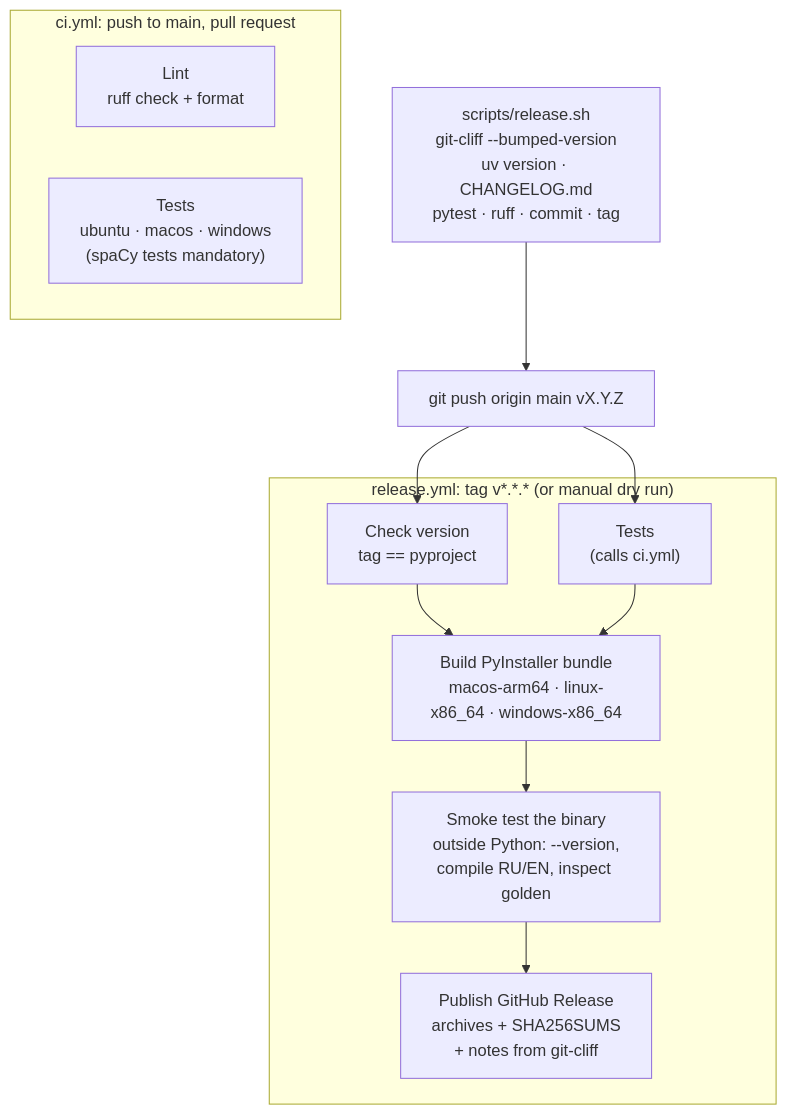
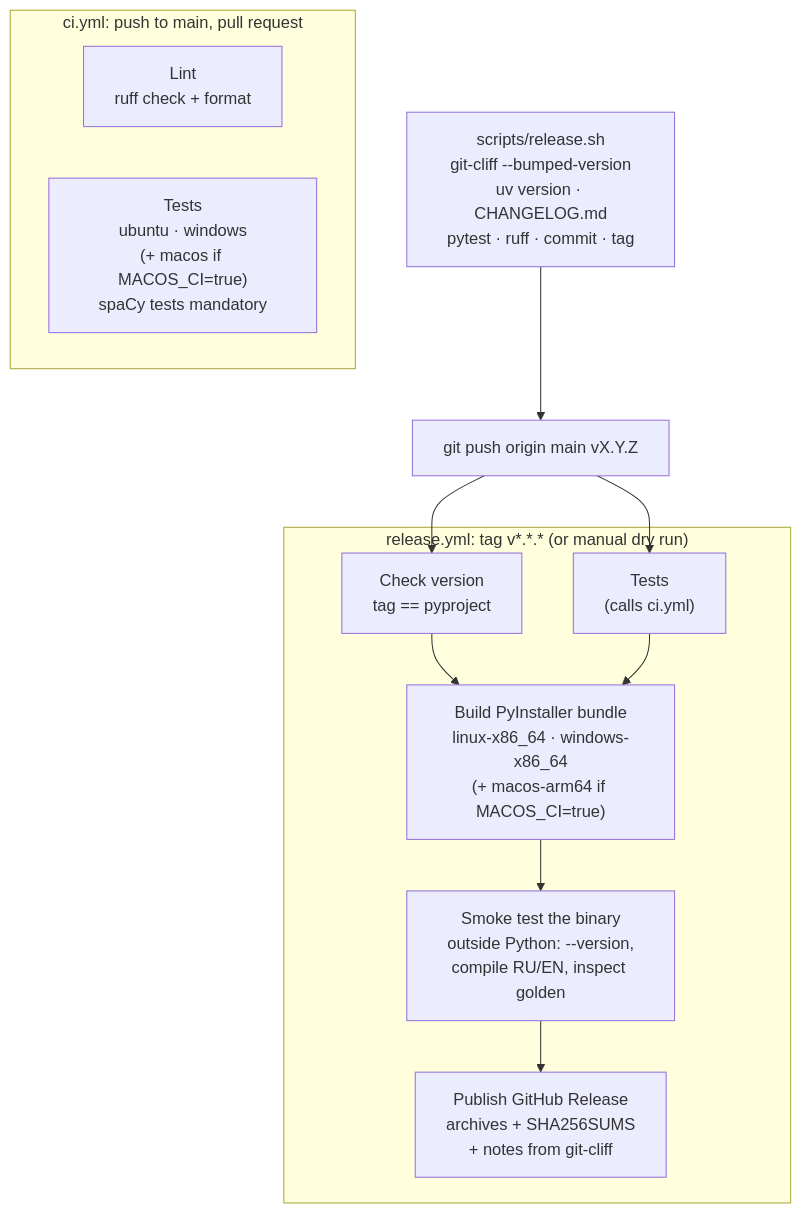
One commit to myarzik/kert changed the fifth of 5 diagrams in docs/workflow.md. Above: the diagram before and after it, drawn with Mermaid. The commit also changed 3 other files, not shown here.

````diff
--- a/docs/workflow.md
+++ b/docs/workflow.md
@@ -127,22 +127,22 @@
 ```mermaid
 flowchart TD
     subgraph ci["ci.yml: push to main, pull request"]
         lint["Lint<br/>ruff check + format"]
-        tests["Tests<br/>ubuntu · macos · windows<br/>(spaCy tests mandatory)"]
+        tests["Tests<br/>ubuntu · windows<br/>(+ macos if MACOS_CI=true)<br/>spaCy tests mandatory"]
     end
 
     rel["scripts/release.sh<br/>git-cliff --bumped-version<br/>uv version · CHANGELOG.md<br/>pytest · ruff · commit · tag"]
     push["git push origin main vX.Y.Z"]
 
     subgraph release["release.yml: tag v*.*.* (or manual dry run)"]
         version["Check version<br/>tag == pyproject"]
         reuse["Tests<br/>(calls ci.yml)"]
-        build["Build PyInstaller bundle<br/>macos-arm64 · linux-x86_64 · windows-x86_64"]
+        build["Build PyInstaller bundle<br/>linux-x86_64 · windows-x86_64<br/>(+ macos-arm64 if MACOS_CI=true)"]
         smoke["Smoke test the binary<br/>outside Python: --version,<br/>compile RU/EN, inspect golden"]
         publish["Publish GitHub Release<br/>archives + SHA256SUMS<br/>+ notes from git-cliff"]
     end
 
     rel --> push --> version
     push --> reuse
     version & reuse --> build --> smoke --> publish
 ```
````
